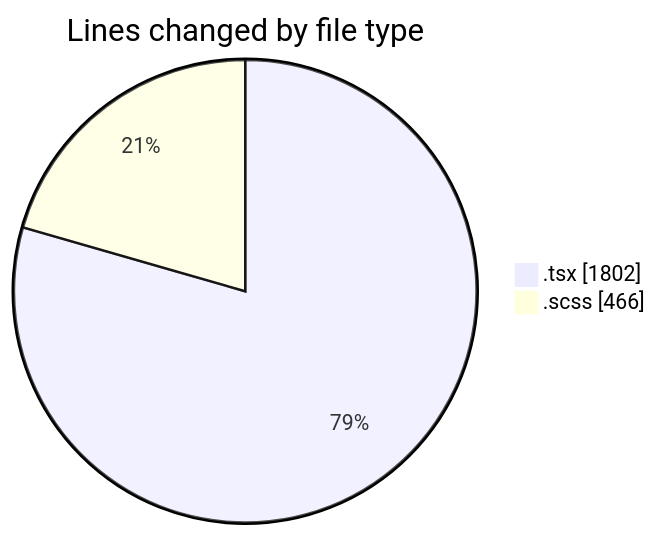
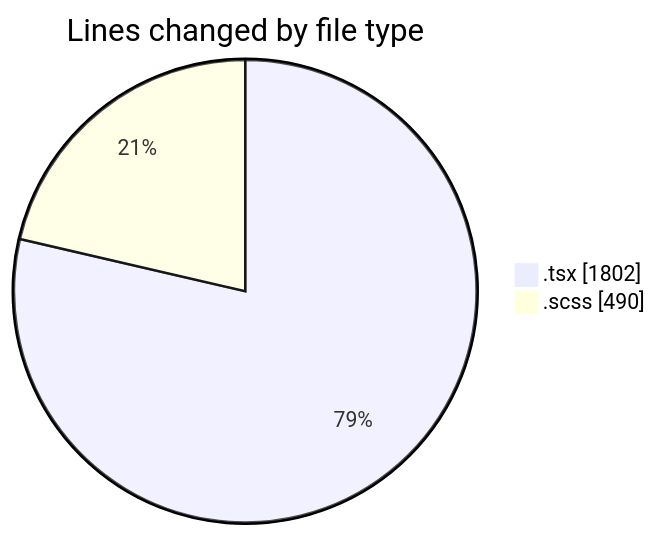
One commit to momahboobian/code-tracking changed the first of 2 diagrams in 2025-10-03/cda/README.md. Above: the diagram before and after it, drawn with Mermaid. The commit also changed other lines of this file and 1 other file, not shown here.

````diff
--- a/2025-10-03/cda/README.md
+++ b/2025-10-03/cda/README.md
@@ -24,6 +24,6 @@
 ```mermaid
 pie showData
 title Lines changed by file type
 ".tsx" : 1802
-".scss" : 466
+".scss" : 490
 ```
````
